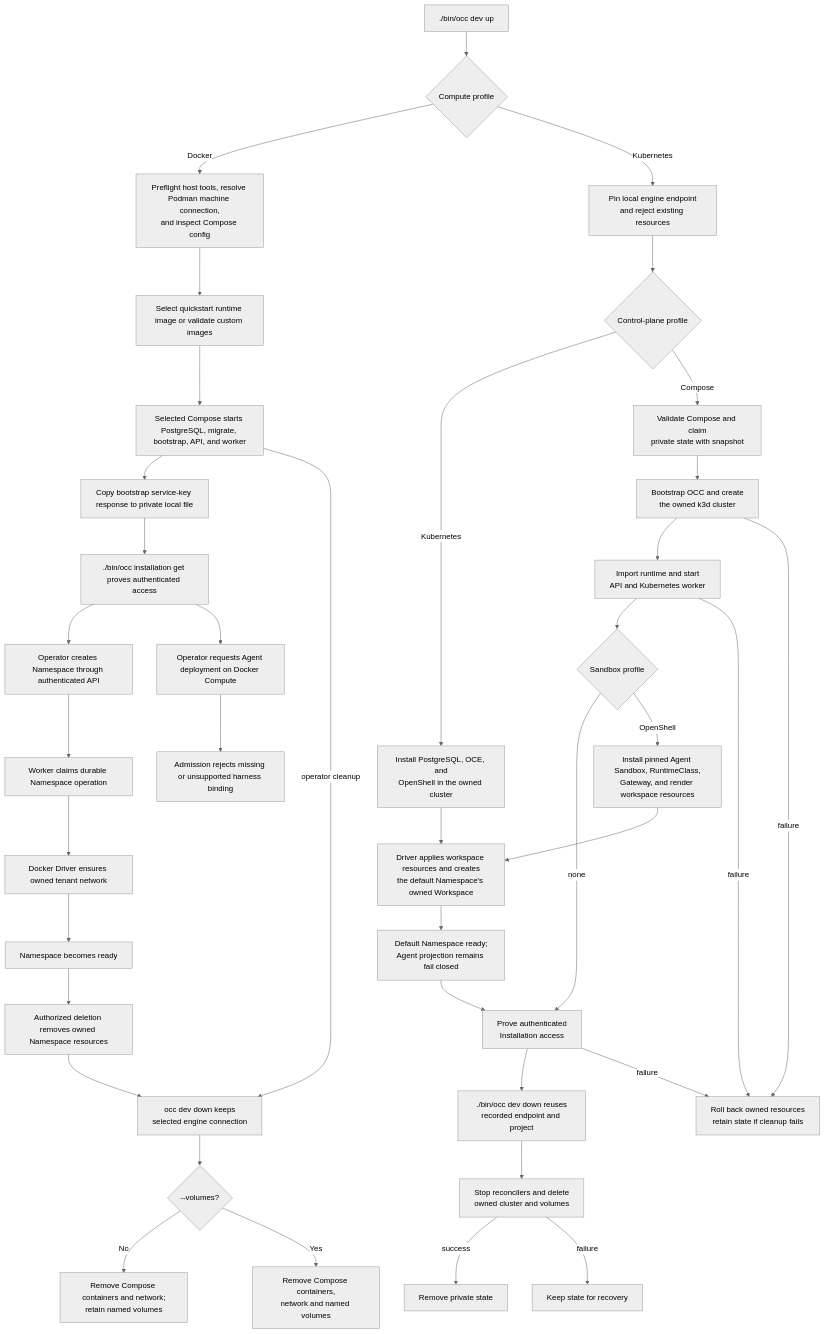
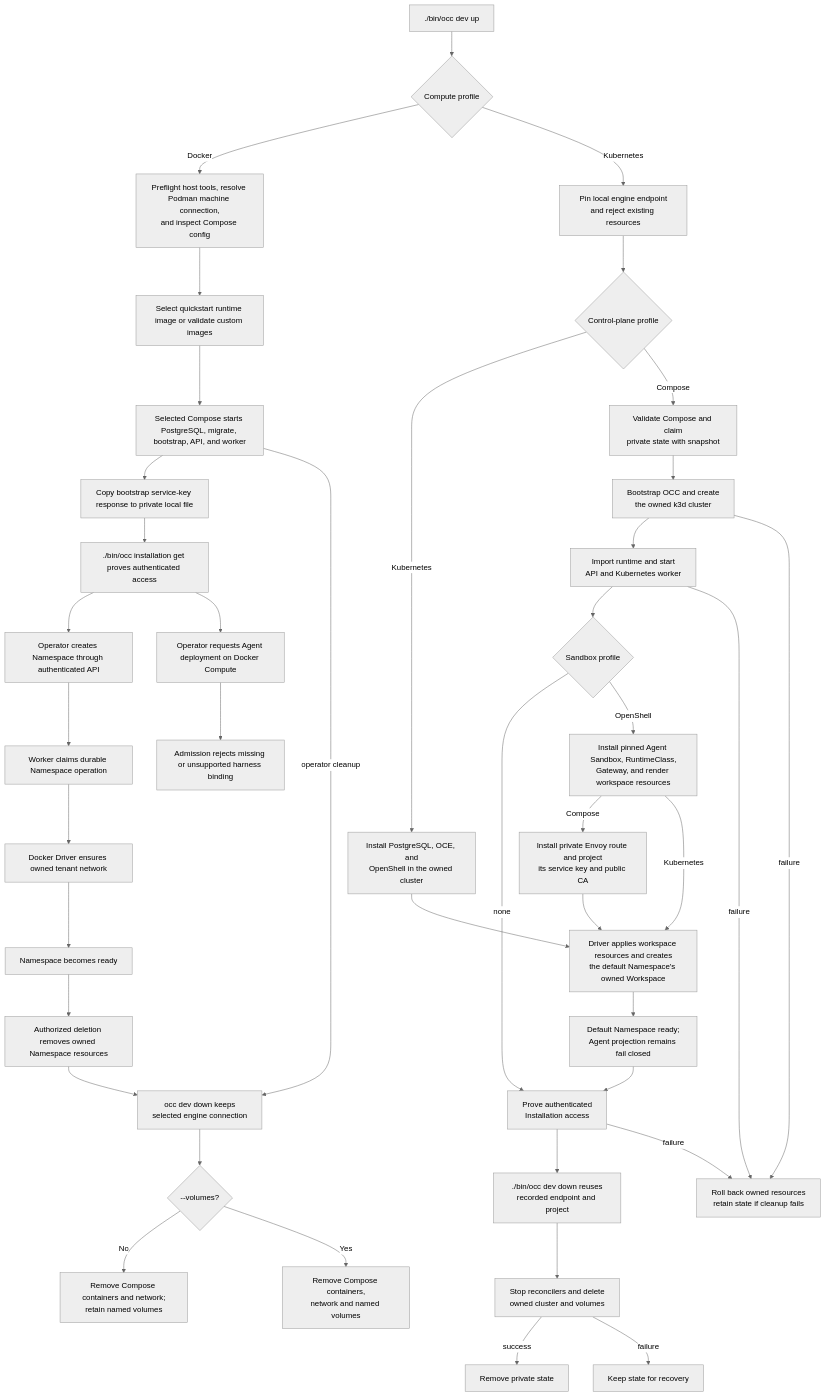
Before and after one commit to IsaiahStapleton/openclaw-enterprise: the diagram in docs/flows/docker-compose-development.md, drawn with Mermaid (neutral theme). The commit also changed other lines of this file and 68 other files, not shown here.

Commit message:
feat(openshell): support first-agent Codex flow

````diff
--- a/docs/flows/docker-compose-development.md
+++ b/docs/flows/docker-compose-development.md
@@ -50,42 +50,44 @@
 ```mermaid
 graph TD
   A["./bin/occ dev up"] --> Profile{"Compute profile"}
   Profile -->|Docker| B["Preflight host tools, resolve Podman machine connection,<br/>and inspect Compose config"]
   Profile -->|Kubernetes| KPre["Pin local engine endpoint<br/>and reject existing resources"]
   KPre --> KControl{"Control-plane profile"}
   KControl -->|Kubernetes| KOnly["Install PostgreSQL, OCE, and<br/>OpenShell in the owned cluster"]
   KOnly --> KWorkspace
   KControl -->|Compose| KConfig["Validate Compose and claim<br/>private state with snapshot"]
   KConfig --> KStart["Bootstrap OCC and create<br/>the owned k3d cluster"]
   KStart --> KReady["Import runtime and start<br/>API and Kubernetes worker"]
   KReady --> KSandbox{"Sandbox profile"}
   KSandbox -->|none| KProof
   KSandbox -->|OpenShell| KOpenShell["Install pinned Agent Sandbox, RuntimeClass,<br/>Gateway, and render workspace resources"]
-  KOpenShell --> KWorkspace["Driver applies workspace resources and creates<br/>the default Namespace's owned Workspace"]
+  KOpenShell -->|Compose| KRouting["Install private Envoy route and project<br/>its service key and public CA"]
+  KRouting --> KWorkspace["Driver applies workspace resources and creates<br/>the default Namespace's owned Workspace"]
+  KOpenShell -->|Kubernetes| KWorkspace
   KWorkspace --> KFailClosed["Default Namespace ready;<br/>Agent projection remains fail closed"]
   KFailClosed --> KProof
   KProof["Prove authenticated<br/>Installation access"]
   KProof --> KDown["./bin/occ dev down reuses<br/>recorded endpoint and project"]
   KStart -->|failure| KRollback["Roll back owned resources<br/>retain state if cleanup fails"]
   KReady -->|failure| KRollback
   KProof -->|failure| KRollback
   KDown --> KRemove["Stop reconcilers and delete<br/>owned cluster and volumes"]
   KRemove -->|success| KDone["Remove private state"]
   KRemove -->|failure| KRetain["Keep state for recovery"]
   B --> C["Select quickstart runtime image or validate custom images"]
   C --> D["Selected Compose starts PostgreSQL, migrate, bootstrap, API, and worker"]
   D --> E["Copy bootstrap service-key response to private local file"]
   E --> F["./bin/occ installation get proves authenticated access"]
   F --> G["Operator creates Namespace through authenticated API"]
   G --> H["Worker claims durable Namespace operation"]
   H --> I["Docker Driver ensures owned tenant network"]
   I --> J["Namespace becomes ready"]
   F --> K["Operator requests Agent deployment on Docker Compute"]
   K --> L["Admission rejects missing or unsupported harness binding"]
   J --> M["Authorized deletion removes owned Namespace resources"]
   D -->|operator cleanup| CDown["occ dev down keeps<br/>selected engine connection"]
   M --> CDown
   CDown --> CVolumes{"--volumes?"}
   CVolumes -->|No| CKeep["Remove Compose containers and network;<br/>retain named volumes"]
   CVolumes -->|Yes| CDelete["Remove Compose containers,<br/>network and named volumes"]
 ```
````
